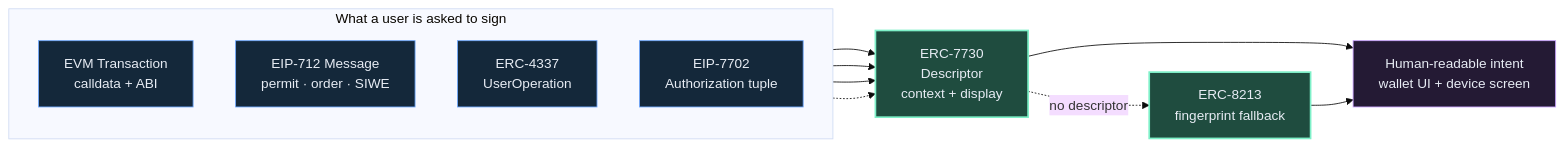
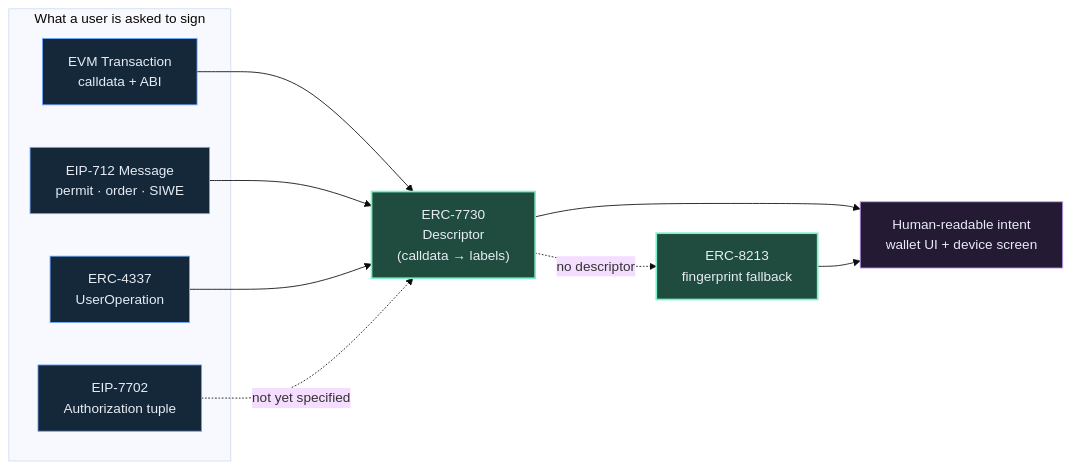
The third of 3 diagrams in README.md (Dansgit2b/awesome-clear-signing), drawn with Mermaid (base theme) before and after one commit. The commit also changed other lines of this file, not shown here.

First line of the commit message:
Apply 5-agent diagram review: fix relationships, unify color language, add legends

````diff
--- a/README.md
+++ b/README.md
@@ -104,24 +111,23 @@
 ```mermaid
 graph LR
   subgraph SIGNED["What a user is asked to sign"]
-    direction TB
     tx["EVM Transaction<br/>calldata + ABI"]
     msg["EIP-712 Message<br/>permit · order · SIWE"]
     uo["ERC-4337<br/>UserOperation"]
     auth["EIP-7702<br/>Authorization tuple"]
   end
   tx --> D
   msg --> D
   uo --> D
-  auth -.-> D
-  D["ERC-7730<br/>Descriptor<br/>context + display"] --> OUT["Human-readable intent<br/>wallet UI + device screen"]
-  D -.->|"no descriptor"| FB["ERC-8213<br/>fingerprint fallback"]
+  auth -. "not yet specified" .-> D
+  D["ERC-7730<br/>Descriptor<br/>(calldata → labels)"] --> OUT["Human-readable intent<br/>wallet UI + device screen"]
+  D -. "no descriptor" .-> FB["ERC-8213<br/>fingerprint fallback"]
   FB --> OUT
 
   classDef inp fill:#14283a,stroke:#6ea8ff,color:#e7ecf4;
   classDef cs fill:#1f4c3f,stroke:#7ef0c8,color:#e7ecf4,stroke-width:2px;
   classDef out fill:#241a34,stroke:#c9a2ff,color:#e7ecf4;
   class tx,msg,uo,auth inp;
   class D,FB cs;
   class OUT out;
 ```
````
